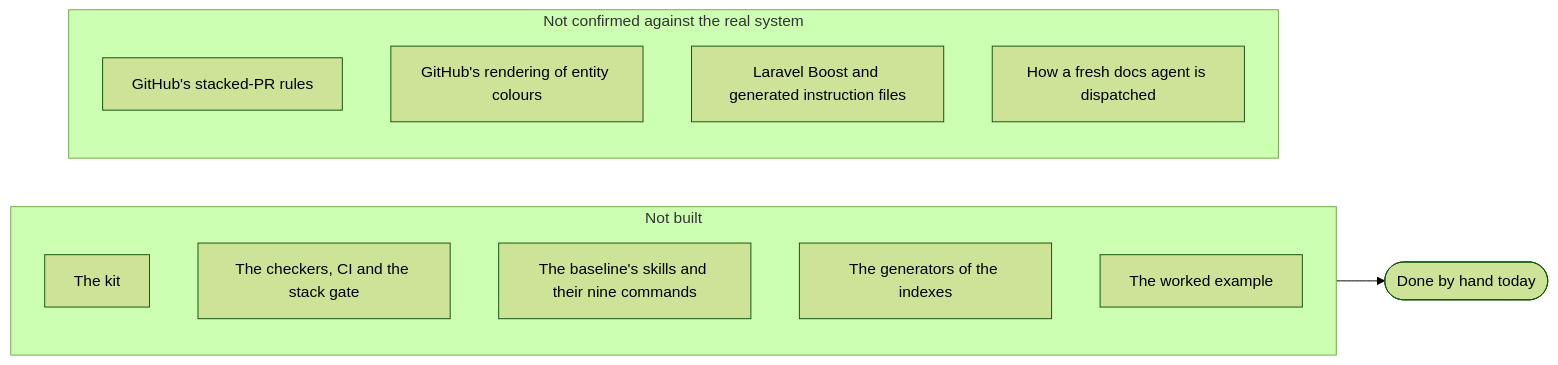
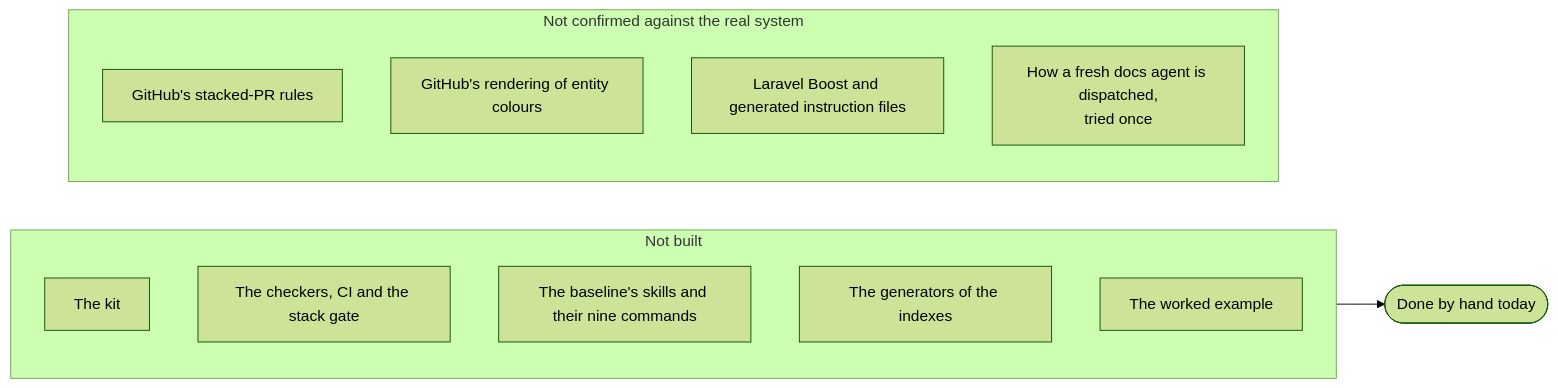
The third of 4 diagrams in docs/architecture/08-cross-cutting.md (chandanbsd/baseline-framework), drawn with Mermaid (forest theme) before and after one commit. The commit also changed other lines of this file and 31 other files, not shown here.

````diff
--- a/docs/architecture/08-cross-cutting.md
+++ b/docs/architecture/08-cross-cutting.md
@@ -118,20 +118,20 @@
 ```mermaid
 flowchart LR
     subgraph NOT["Not built"]
         direction TB
         N1["The kit"]
         N2["The checkers, CI and the stack gate"]
         N3["The baseline's skills and their nine commands"]
         N4["The generators of the indexes"]
         N5["The worked example"]
     end
     subgraph UNC["Not confirmed against the real system"]
         direction TB
         U1["GitHub's stacked-PR rules"]
         U2["GitHub's rendering of entity colours"]
         U3["Laravel Boost and generated instruction files"]
-        U4["How a fresh docs agent is dispatched"]
+        U4["How a fresh docs agent is dispatched,<br/>tried once"]
     end
     H(["Done by hand today"])
     NOT --> H
 ```
````
